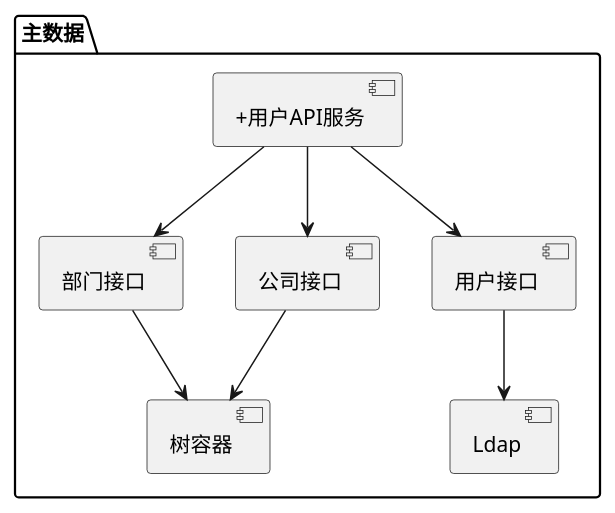
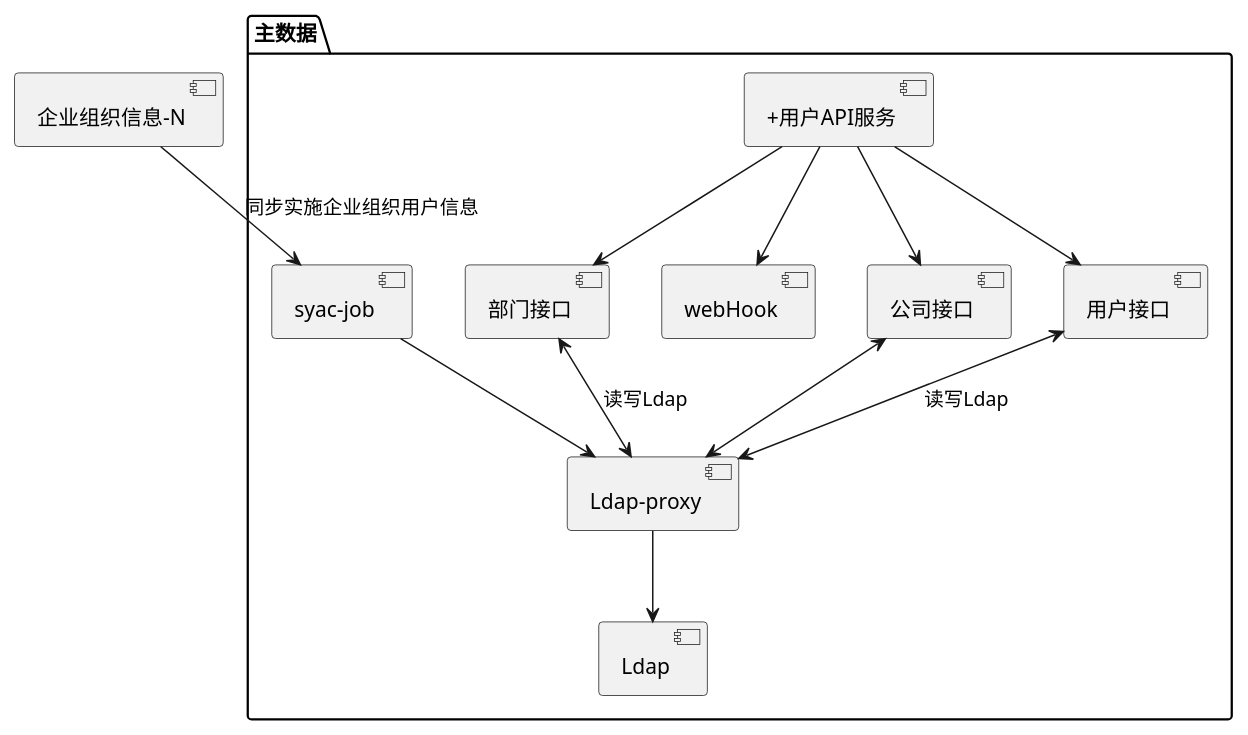
The third of 4 diagrams in 用户中心设计/用户中心总体设计.md (diaonannan1234/k8sVnote), drawn with PlantUML before and after one commit. The commit also changed other lines of this file and 11 other files, not shown here.

````diff
--- a/用户中心设计/用户中心总体设计.md
+++ b/用户中心设计/用户中心总体设计.md
@@ -84,15 +84,18 @@
 ``` plantuml
 
 @startuml
 package "主数据" {
   [+用户API服务] --> [部门接口]
+  [+用户API服务] --> [webHook]
  [+用户API服务] --> [公司接口]
      [+用户API服务] --> [用户接口]
-     [部门接口] --> [树容器]
-     [公司接口] --> [树容器]
-     [用户接口] --> [Ldap]
+     [部门接口] <--> [Ldap-proxy] : 读写Ldap
+     [公司接口] <--> [Ldap-proxy]
+     [用户接口] <--> [Ldap-proxy] : 读写Ldap
+     [Ldap-proxy] --> [Ldap]
+  [syac-job] --> [Ldap-proxy] 
 }
+ [企业组织信息-N] -->  [syac-job]  :  同步实施企业组织用户信息 
 
-
-
-``` 
+@enduml
+```
````
